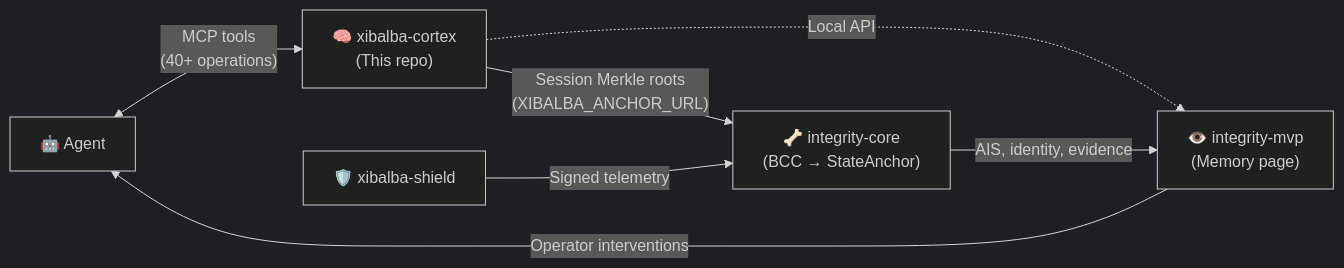
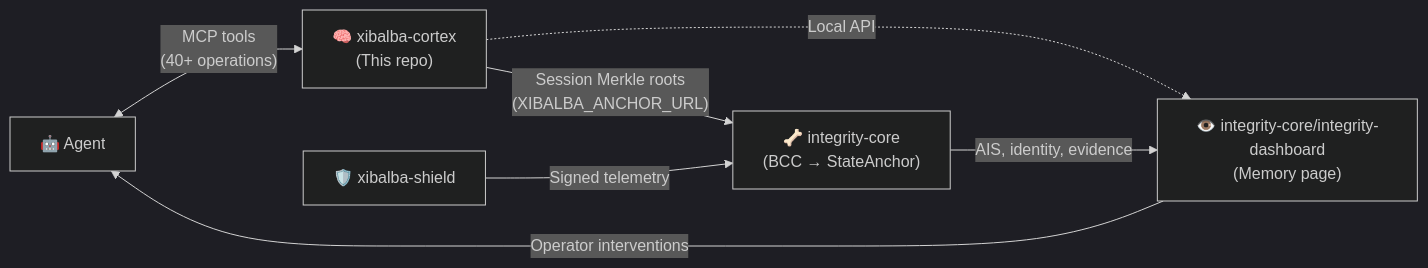
One commit to XibalbaTechSol/xibalba-cortex changed the diagram in README.md. Above: the diagram before and after it, drawn with Mermaid (dark theme). The commit also changed other lines of this file and 22 other files, not shown here.

First line of the commit message:
Standalone-product specs, GitHub wiki, v1-frozen architecture, ecosystem fix

````diff
--- a/README.md
+++ b/README.md
@@ -29,9 +49,9 @@
 ```mermaid
 flowchart LR
     Agent["🤖 Agent"] <-->|"MCP tools<br/>(40+ operations)"| Brain["🧠 xibalba-cortex<br/>(This repo)"]
     Brain -->|"Session Merkle roots<br/>(XIBALBA_ANCHOR_URL)"| Backbone["🦴 integrity-core<br/>(BCC → StateAnchor)"]
-    Brain -.->|"Local API"| Eyes["👁️ integrity-mvp<br/>(Memory page)"]
+    Brain -.->|"Local API"| Eyes["👁️ integrity-core/integrity-dashboard<br/>(Memory page)"]
     Immune["🛡️ xibalba-shield"] -->|"Signed telemetry"| Backbone
     Backbone -->|"AIS, identity, evidence"| Eyes
     Eyes -->|"Operator interventions"| Agent
 ```
````
